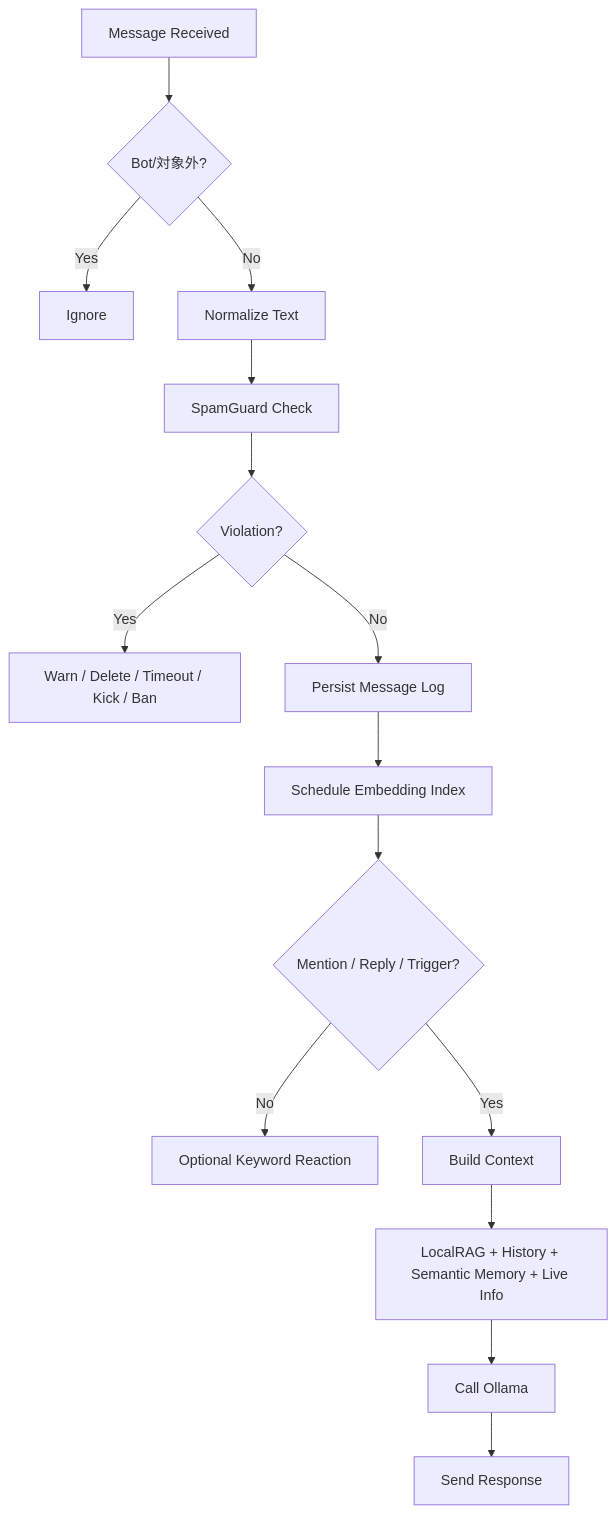
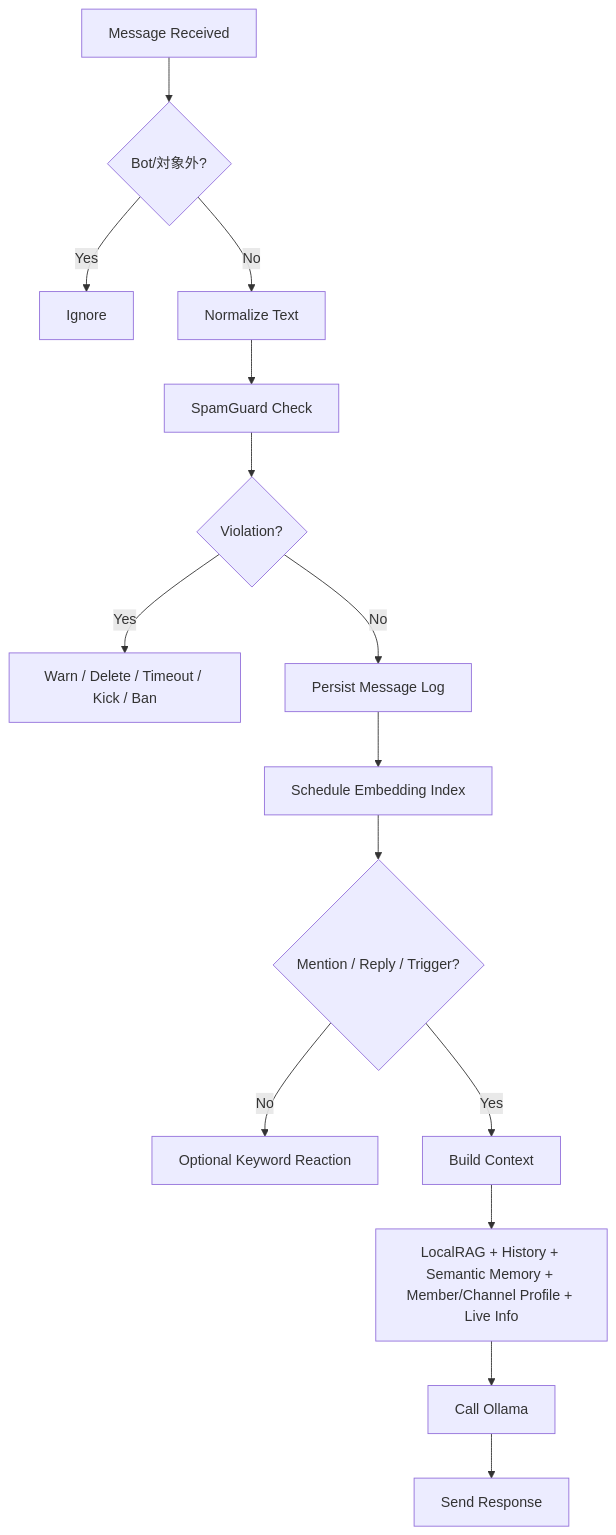
The third of 7 diagrams in doc/system-design.md (messpy/Kenny-bot), drawn with Mermaid before and after one commit. The commit also changed other lines of this file and 2 other files, not shown here.

Commit message:
Align docs with scoped channel data

````diff
--- a/doc/system-design.md
+++ b/doc/system-design.md
@@ -117,17 +117,17 @@
 ```mermaid
 flowchart TD
     A[Message Received] --> B{Bot/対象外?}
     B -- Yes --> Z[Ignore]
     B -- No --> C[Normalize Text]
     C --> D[SpamGuard Check]
     D --> E{Violation?}
     E -- Yes --> F[Warn / Delete / Timeout / Kick / Ban]
     E -- No --> G[Persist Message Log]
     G --> H[Schedule Embedding Index]
     H --> I{Mention / Reply / Trigger?}
     I -- No --> J[Optional Keyword Reaction]
     I -- Yes --> K[Build Context]
-    K --> L[LocalRAG + History + Semantic Memory + Live Info]
+    K --> L[LocalRAG + History + Semantic Memory + Member/Channel Profile + Live Info]
     L --> M[Call Ollama]
     M --> N[Send Response]
 ```
````
